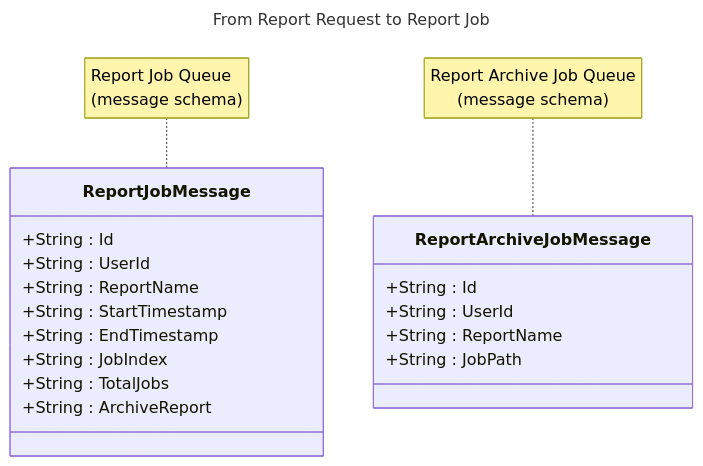
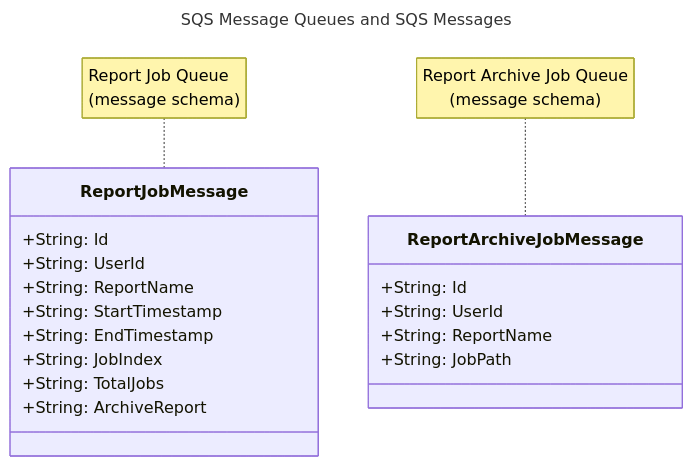
The first of 4 diagrams in docs/DIAGRAMS.md (darrylmorton/ct-iot-things-report-job-service), drawn with Mermaid before and after one commit. The commit also changed other lines of this file and 6 other files, not shown here.

Commit message:
class diagrams for sqs messages, sqlalchemy models and pydantic schemas.

````diff
--- a/docs/DIAGRAMS.md
+++ b/docs/DIAGRAMS.md
@@ -1,32 +1,32 @@
 ```mermaid
 ---
-title: From Report Request to Report Job
+title: SQS Message Queues and SQS Messages
 ---
 
 classDiagram
     class ReportJobMessage {
-        +String : Id
-        +String : UserId
-        +String : ReportName
-        +String : StartTimestamp
-        +String : EndTimestamp
-        +String : JobIndex
-        +String : TotalJobs
-        +String : ArchiveReport
+        +String: Id
+        +String: UserId
+        +String: ReportName
+        +String: StartTimestamp
+        +String: EndTimestamp
+        +String: JobIndex
+        +String: TotalJobs
+        +String: ArchiveReport
     }
 
     note for ReportJobMessage "Report Job Queue 
     
     (message schema)"
 
     class ReportArchiveJobMessage {
-        +String : Id
-        +String : UserId
-        +String : ReportName
-        +String : JobPath
+        +String: Id
+        +String: UserId
+        +String: ReportName
+        +String: JobPath
     }
     
     note for ReportArchiveJobMessage "Report Archive Job Queue
     
     (message schema)"
 ```
````
